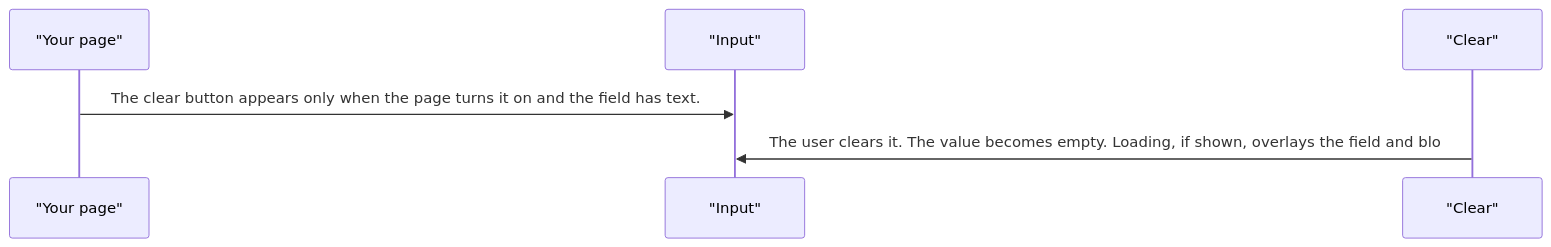
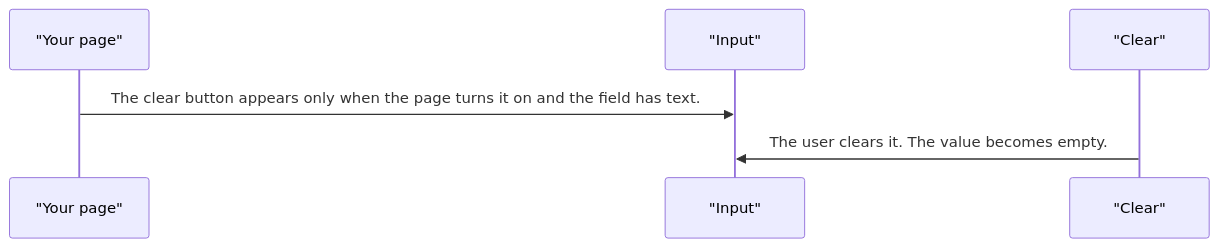
The fourth of 5 diagrams in projects/pixel-ui/src/lib/pixel-input/DESIGN.md (RajshekharBorate/pixel-ui), drawn with Mermaid before and after one commit. The commit also changed other lines of this file and 80 other files, not shown here.

Commit message:
Fill missing design flows and correct the stories that did not match component behavior.

````diff
--- a/projects/pixel-ui/src/lib/pixel-input/DESIGN.md
+++ b/projects/pixel-ui/src/lib/pixel-input/DESIGN.md
@@ -79,8 +85,8 @@
 ```mermaid
 sequenceDiagram
   participant page as "Your page"
   participant input as "Input"
   participant clear as "Clear"
   page->>input: The clear button appears only when the page turns it on and the field has text.
-  clear->>input: The user clears it. The value becomes empty. Loading, if shown, overlays the field and blo
+  clear->>input: The user clears it. The value becomes empty.
 ```
````
